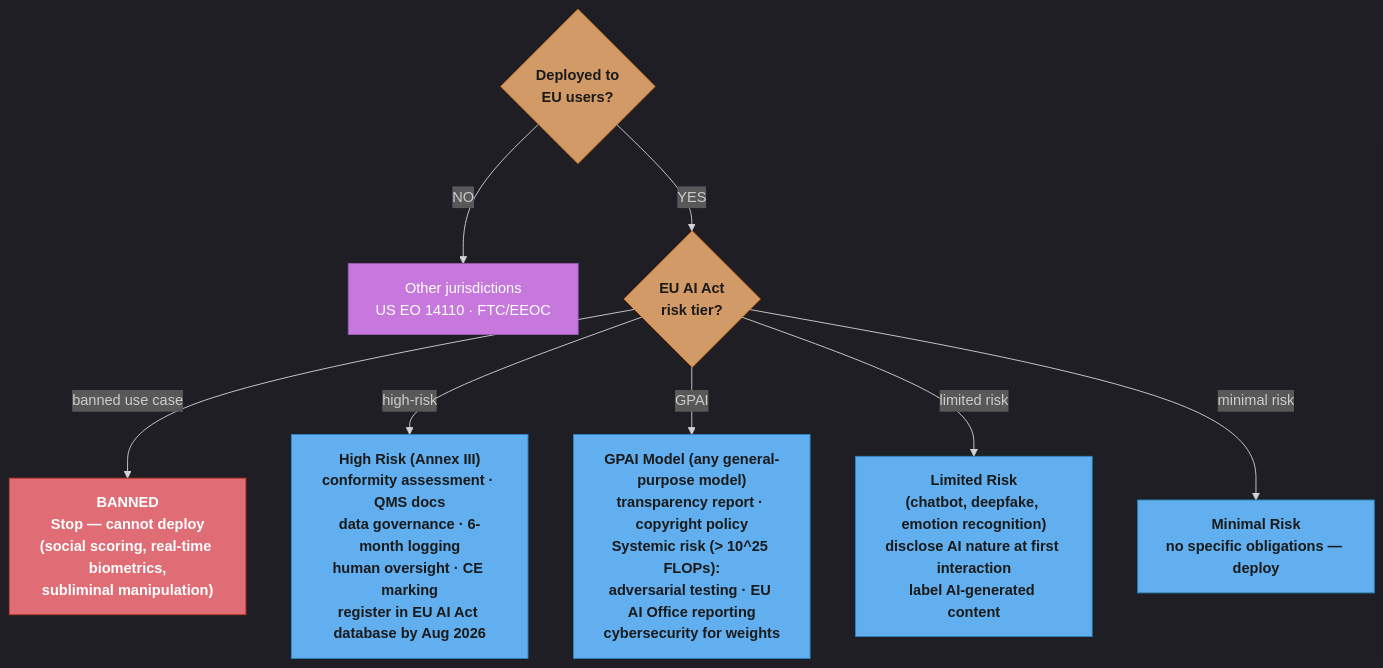
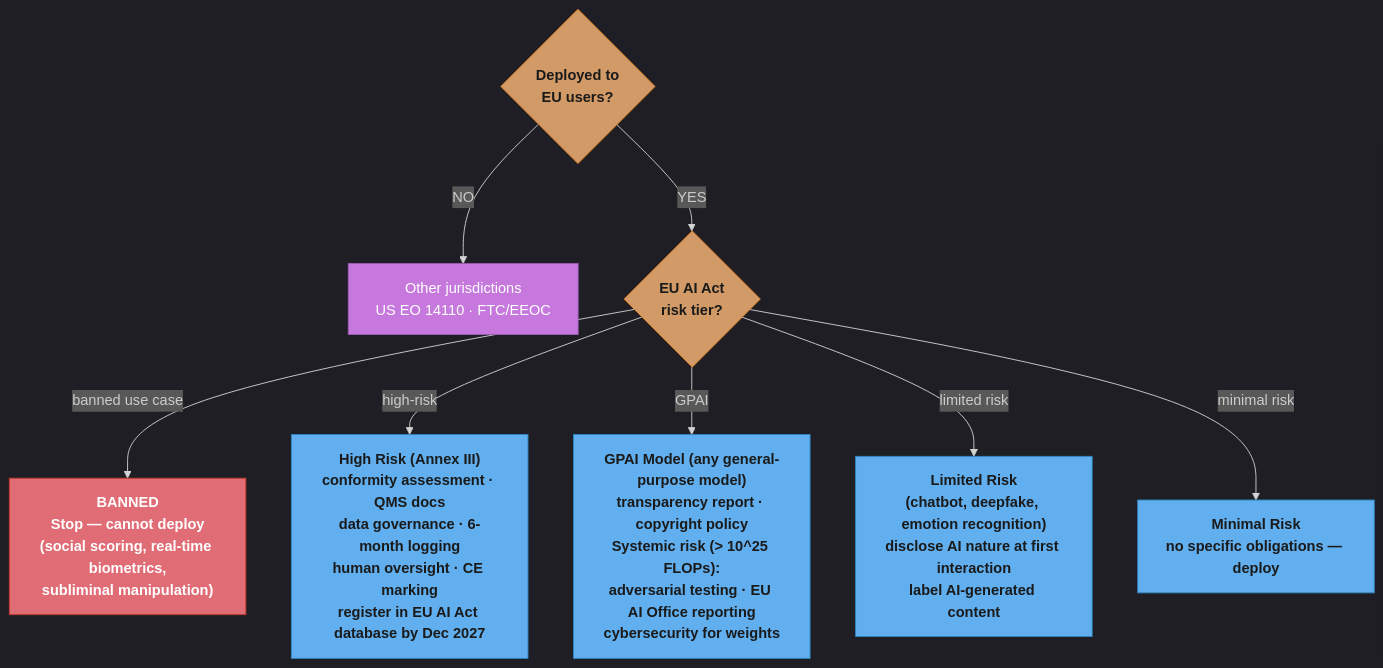
The second of 4 diagrams in src/main/java/com/rutik/systemdesign/llm/ai_regulations_and_compliance/ai_regulations_and_compliance.md (rppol/system-design), drawn with Mermaid before and after one commit. The commit also changed other lines of this file and 466 other files, not shown here.

````diff
--- a/src/main/java/com/rutik/systemdesign/llm/ai_regulations_and_compliance/ai_regulations_and_compliance.md
+++ b/src/main/java/com/rutik/systemdesign/llm/ai_regulations_and_compliance/ai_regulations_and_compliance.md
@@ -183,33 +207,33 @@
 ```mermaid
 %%{init: {'flowchart': {'curve': 'basis'}, 'theme': 'dark'}}%%
 flowchart TD
     classDef io      fill:#61afef,stroke:#2e86c1,color:#1a1a1a,font-weight:bold
     classDef frozen  fill:#c678dd,stroke:#9b59b6,color:#fff
     classDef train   fill:#98c379,stroke:#27ae60,color:#1a1a1a
     classDef mathOp  fill:#d19a66,stroke:#e67e22,color:#1a1a1a,font-weight:bold
     classDef lossN   fill:#e06c75,stroke:#c0392b,color:#fff,font-weight:bold
     classDef req     fill:#56b6c2,stroke:#0097a7,color:#1a1a1a
     classDef base    fill:#e5c07b,stroke:#f39c12,color:#1a1a1a
 
     EU{"Deployed to\nEU users?"}
     OTHER["Other jurisdictions\nUS EO 14110 · FTC/EEOC"]
     RISK{"EU AI Act\nrisk tier?"}
     BANNED["BANNED\nStop — cannot deploy\n(social scoring, real-time biometrics,\nsubliminal manipulation)"]
-    HIGH["High Risk (Annex III)\nconformity assessment · QMS docs\ndata governance · 6-month logging\nhuman oversight · CE marking\nregister in EU AI Act database by Aug 2026"]
+    HIGH["High Risk (Annex III)\nconformity assessment · QMS docs\ndata governance · 6-month logging\nhuman oversight · CE marking\nregister in EU AI Act database by Dec 2027"]
     GPAI["GPAI Model (any general-purpose model)\ntransparency report · copyright policy\nSystemic risk (> 10^25 FLOPs):\nadversarial testing · EU AI Office reporting\ncybersecurity for weights"]
     LTD["Limited Risk\n(chatbot, deepfake, emotion recognition)\ndisclose AI nature at first interaction\nlabel AI-generated content"]
     MIN["Minimal Risk\nno specific obligations — deploy"]
 
     EU -->|"NO"| OTHER
     EU -->|"YES"| RISK
     RISK -->|"banned use case"| BANNED
     RISK -->|"high-risk"| HIGH
     RISK -->|"GPAI"| GPAI
     RISK -->|"limited risk"| LTD
     RISK -->|"minimal risk"| MIN
 
     class EU,RISK mathOp
     class HIGH,GPAI,LTD,MIN io
     class OTHER frozen
     class BANNED lossN
 ```
````
